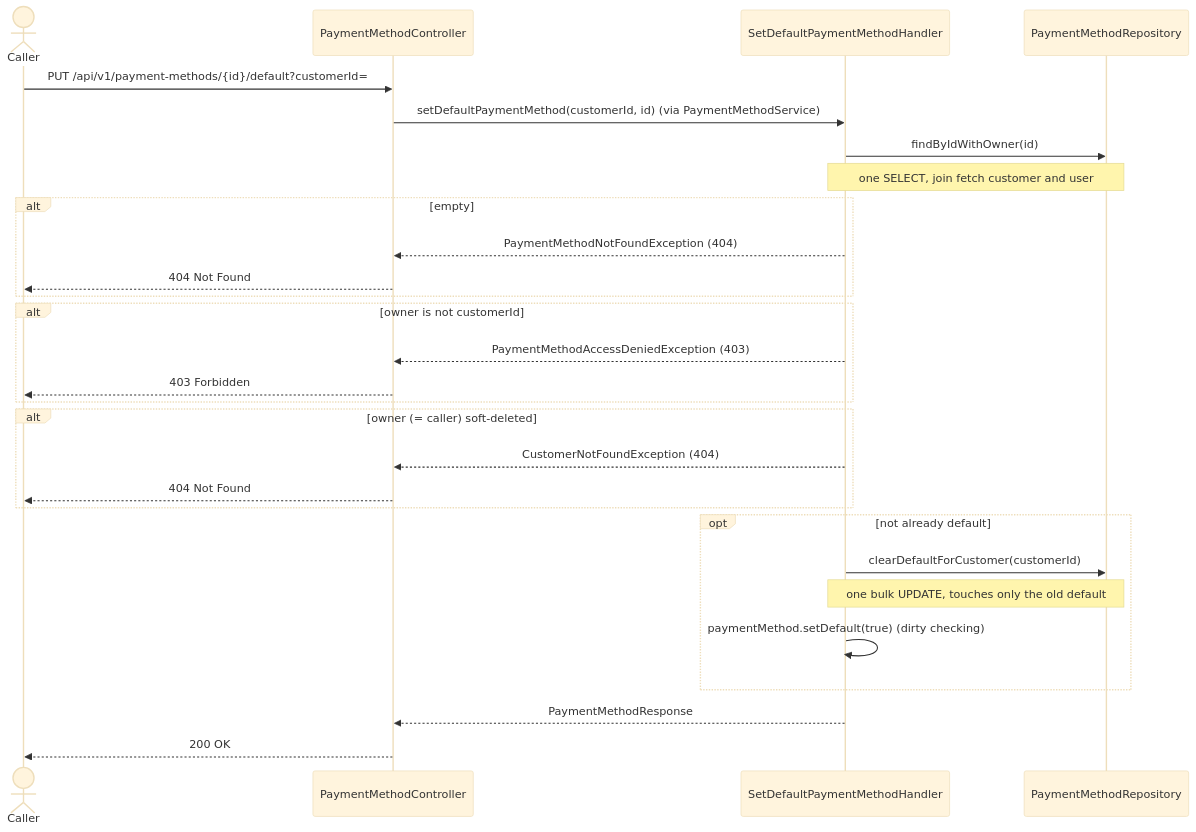
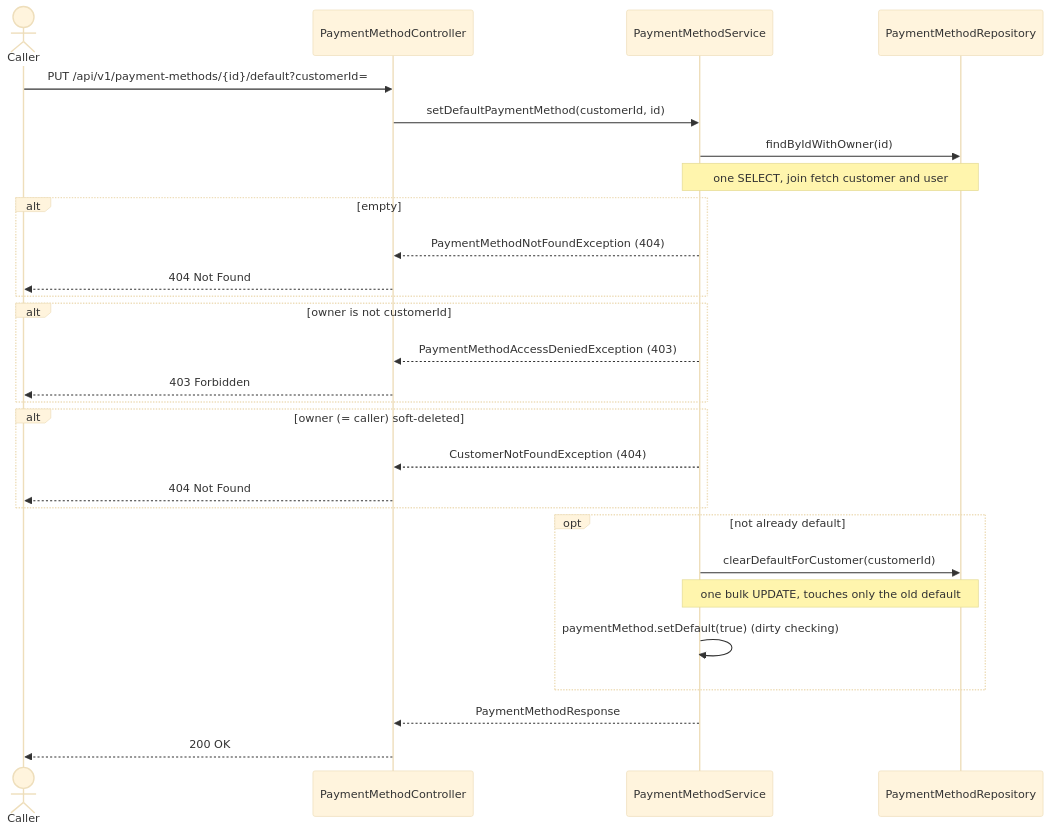
The second of 2 diagrams in restaurant/.docs/use-cases/customer-management/payment-methods/payment-methods.md (msmohammed0077-cmd/mentorship-restaurant), drawn with Mermaid (base theme) before and after one commit. The commit also changed other lines of this file and 14 other files, not shown here.

````diff
--- a/restaurant/.docs/use-cases/customer-management/payment-methods/payment-methods.md
+++ b/restaurant/.docs/use-cases/customer-management/payment-methods/payment-methods.md
@@ -269,31 +266,31 @@
 ```mermaid
 sequenceDiagram
     actor Caller
     participant C as PaymentMethodController
-    participant H as SetDefaultPaymentMethodHandler
+    participant H as PaymentMethodService
     participant PR as PaymentMethodRepository
 
     Caller->>C: PUT /api/v1/payment-methods/{id}/default?customerId=
-    C->>H: setDefaultPaymentMethod(customerId, id) (via PaymentMethodService)
+    C->>H: setDefaultPaymentMethod(customerId, id)
     H->>PR: findByIdWithOwner(id)
     Note over H,PR: one SELECT, join fetch customer and user
     alt empty
         H-->>C: PaymentMethodNotFoundException (404)
         C-->>Caller: 404 Not Found
     end
     alt owner is not customerId
         H-->>C: PaymentMethodAccessDeniedException (403)
         C-->>Caller: 403 Forbidden
     end
     alt owner (= caller) soft-deleted
         H-->>C: CustomerNotFoundException (404)
         C-->>Caller: 404 Not Found
     end
     opt not already default
         H->>PR: clearDefaultForCustomer(customerId)
         Note over H,PR: one bulk UPDATE, touches only the old default
         H->>H: paymentMethod.setDefault(true) (dirty checking)
     end
     H-->>C: PaymentMethodResponse
     C-->>Caller: 200 OK
 ```
````
